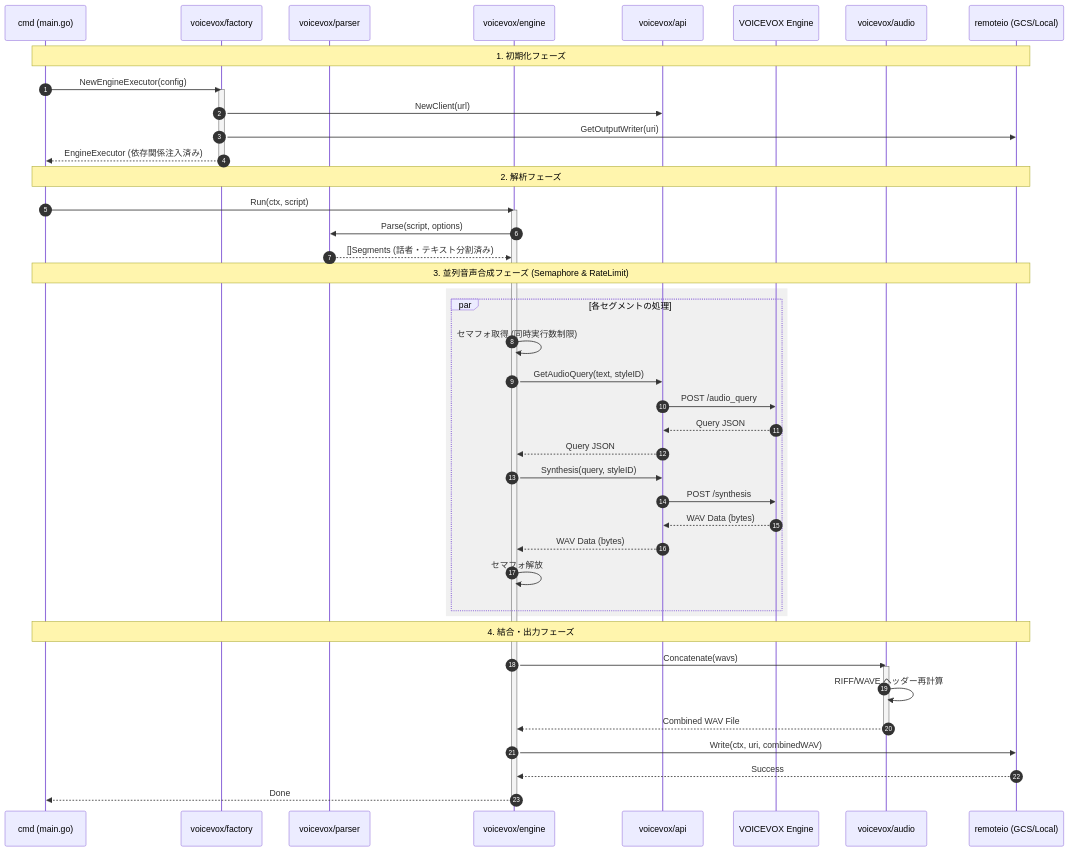
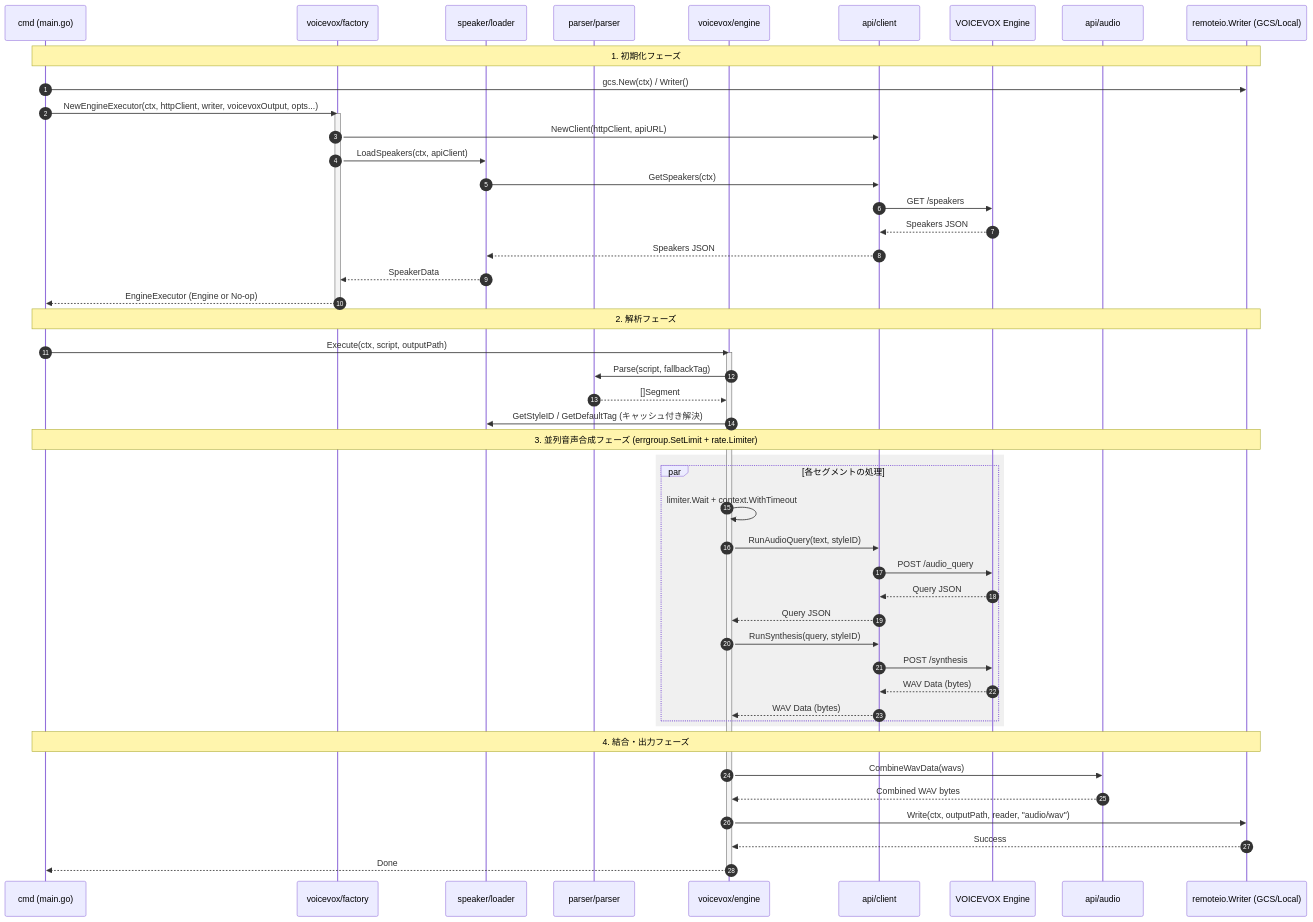
The diagram in README.md (shouni/go-voicevox), drawn with Mermaid before and after one commit. The commit also changed other lines of this file, not shown here.

Commit message:
docs: update README diagrams and module structure for improved clarity

````diff
--- a/README.md
+++ b/README.md
@@ -47,55 +47,58 @@
 ```mermaid
 sequenceDiagram
     autonumber
     participant Main as cmd (main.go)
     participant Factory as voicevox/factory
-    participant Parser as voicevox/parser
+    participant Speaker as speaker/loader
+    participant Parser as parser/parser
     participant Engine as voicevox/engine
-    participant API as voicevox/api
+    participant API as api/client
     participant VV as VOICEVOX Engine
-    participant Audio as voicevox/audio
-    participant Storage as remoteio (GCS/Local)
+    participant WAV as api/audio
+    participant Storage as remoteio.Writer (GCS/Local)
 
     Note over Main, Storage: 1. 初期化フェーズ
-    Main->>Factory: NewEngineExecutor(config)
+    Main->>Storage: gcs.New(ctx) / Writer()
+    Main->>Factory: NewEngineExecutor(ctx, httpClient, writer, voicevoxOutput, opts...)
     activate Factory
-    Factory->>API: NewClient(url)
-    Factory->>Storage: GetOutputWriter(uri)
-    Factory-->>Main: EngineExecutor (依存関係注入済み)
+    Factory->>API: NewClient(httpClient, apiURL)
+    Factory->>Speaker: LoadSpeakers(ctx, apiClient)
+    Speaker->>API: GetSpeakers(ctx)
+    API->>VV: GET /speakers
+    VV-->>API: Speakers JSON
+    API-->>Speaker: Speakers JSON
+    Speaker-->>Factory: SpeakerData
+    Factory-->>Main: EngineExecutor (Engine or No-op)
     deactivate Factory
 
     Note over Main, Storage: 2. 解析フェーズ
-    Main->>Engine: Run(ctx, script)
+    Main->>Engine: Execute(ctx, script, outputPath)
     activate Engine
-    Engine->>Parser: Parse(script, options)
-    Parser-->>Engine: []Segments (話者・テキスト分割済み)
+    Engine->>Parser: Parse(script, fallbackTag)
+    Parser-->>Engine: []Segment
+    Engine->>Speaker: GetStyleID / GetDefaultTag (キャッシュ付き解決)
 
-    Note over Main, Storage: 3. 並列音声合成フェーズ (Semaphore & RateLimit)
+    Note over Main, Storage: 3. 並列音声合成フェーズ (errgroup.SetLimit + rate.Limiter)
     rect rgb(240, 240, 240)
         par 各セグメントの処理
-            Engine->>Engine: セマフォ取得 (同時実行数制限)
-            Engine->>API: GetAudioQuery(text, styleID)
+            Engine->>Engine: limiter.Wait + context.WithTimeout
+            Engine->>API: RunAudioQuery(text, styleID)
             API->>VV: POST /audio_query
             VV-->>API: Query JSON
             API-->>Engine: Query JSON
             
-            Engine->>API: Synthesis(query, styleID)
+            Engine->>API: RunSynthesis(query, styleID)
             API->>VV: POST /synthesis
             VV-->>API: WAV Data (bytes)
             API-->>Engine: WAV Data (bytes)
-            Engine->>Engine: セマフォ解放
         end
     end
 
     Note over Main, Storage: 4. 結合・出力フェーズ
-    Engine->>Audio: Concatenate(wavs)
-    activate Audio
-    Audio->>Audio: RIFF/WAVE ヘッダー再計算
-    Audio-->>Engine: Combined WAV File
-    deactivate Audio
-
-    Engine->>Storage: Write(ctx, uri, combinedWAV)
+    Engine->>WAV: CombineWavData(wavs)
+    WAV-->>Engine: Combined WAV bytes
+    Engine->>Storage: Write(ctx, outputPath, reader, "audio/wav")
     Storage-->>Engine: Success
     Engine-->>Main: Done
     deactivate Engine
 ```
````
